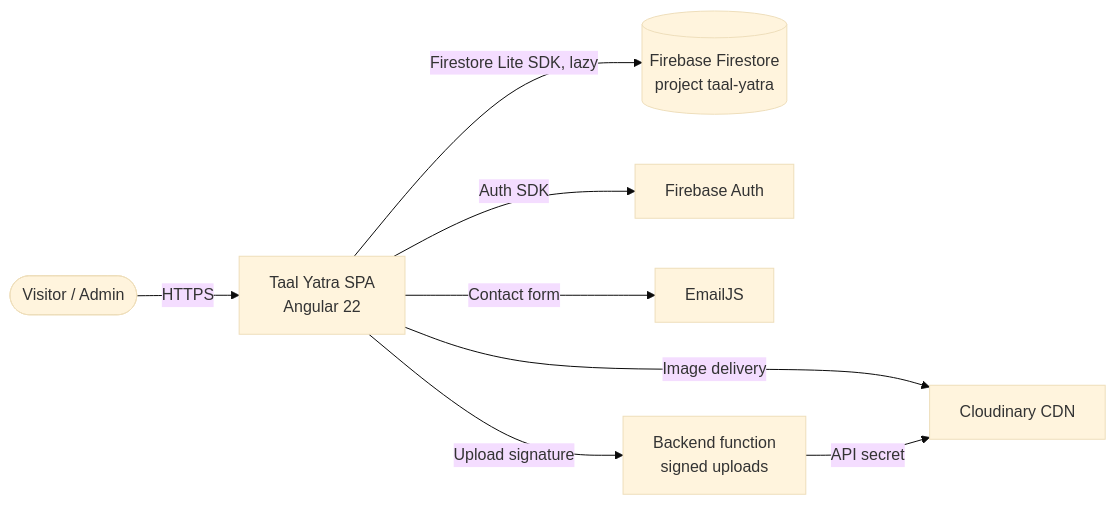
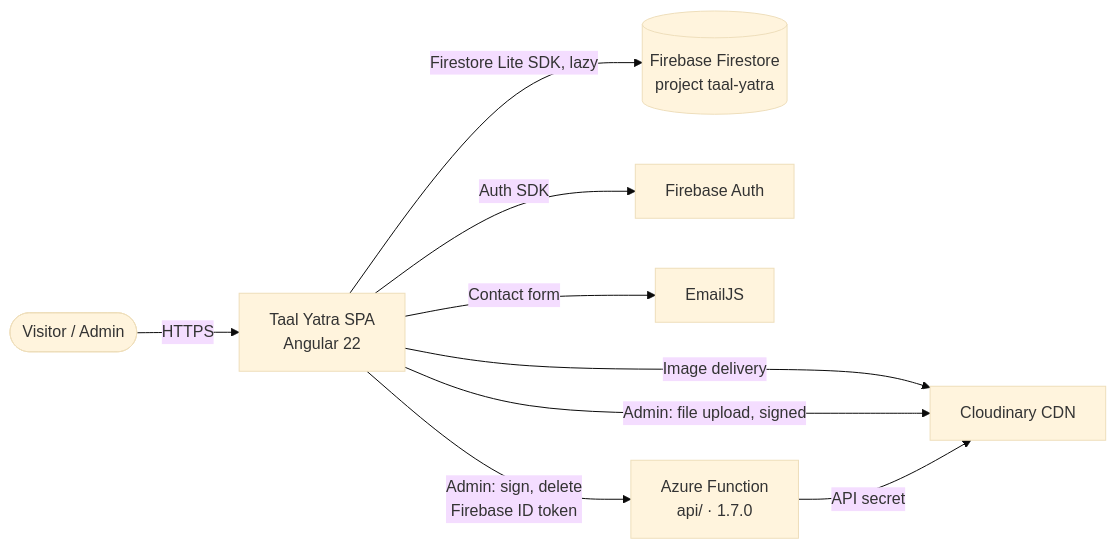
The first of 2 diagrams in docs/architecture/overview.md (RaviAkhouri30/taalyatra), drawn with Mermaid (base theme) before and after one commit. The commit also changed other lines of this file and 11 other files, not shown here.

First line of the commit message:
docs(media): ADR-0017, architecture diagrams and 1.7.0 changelog

````diff
--- a/docs/architecture/overview.md
+++ b/docs/architecture/overview.md
@@ -5,10 +5,11 @@
 ```mermaid
 flowchart LR
   user([Visitor / Admin]) -->|HTTPS| spa[Taal Yatra SPA<br/>Angular 22]
   spa -->|Firestore Lite SDK, lazy| fs[(Firebase Firestore<br/>project taal-yatra)]
   spa -->|Auth SDK| auth[Firebase Auth]
   spa -->|Image delivery| cdn[Cloudinary CDN]
   spa -->|Contact form| mail[EmailJS]
-  fn[Backend function<br/>signed uploads] -->|API secret| cdn
-  spa -->|Upload signature| fn
+  spa -->|Admin: file upload, signed| cdn
+  spa -->|Admin: sign, delete<br/>Firebase ID token| fn[Azure Function<br/>api/ · 1.7.0]
+  fn -->|API secret| cdn
 ```
````
